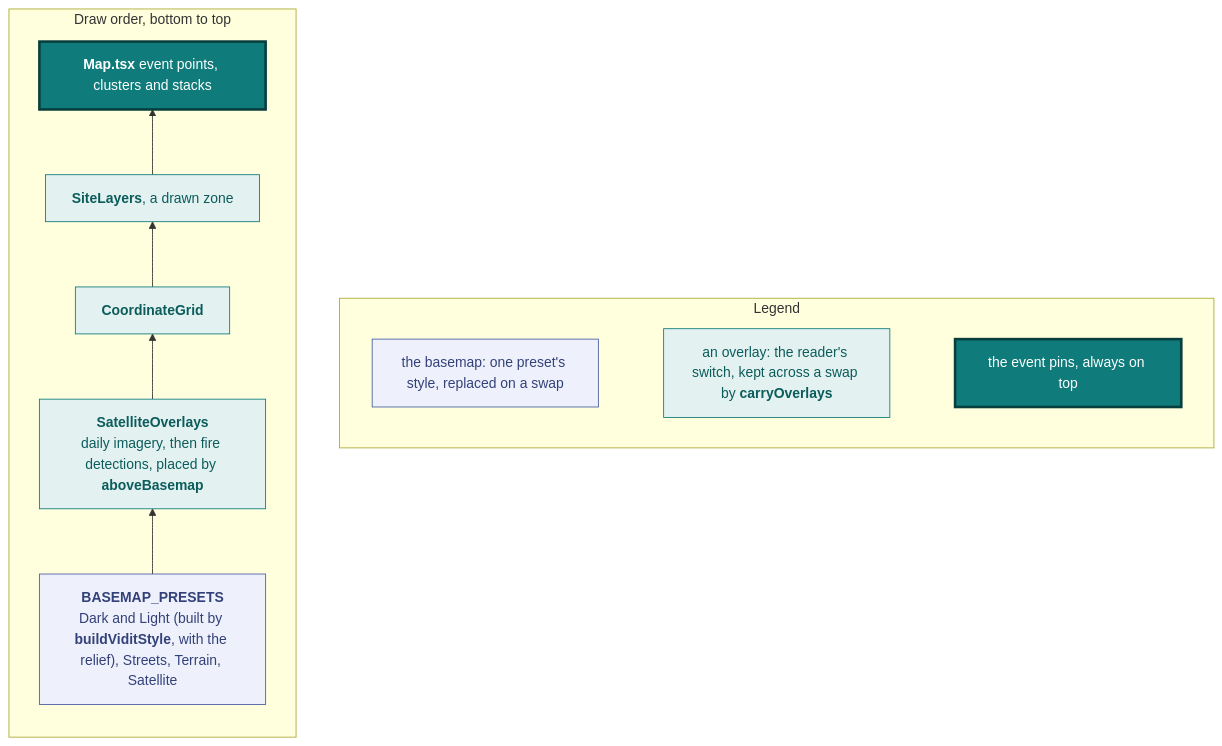
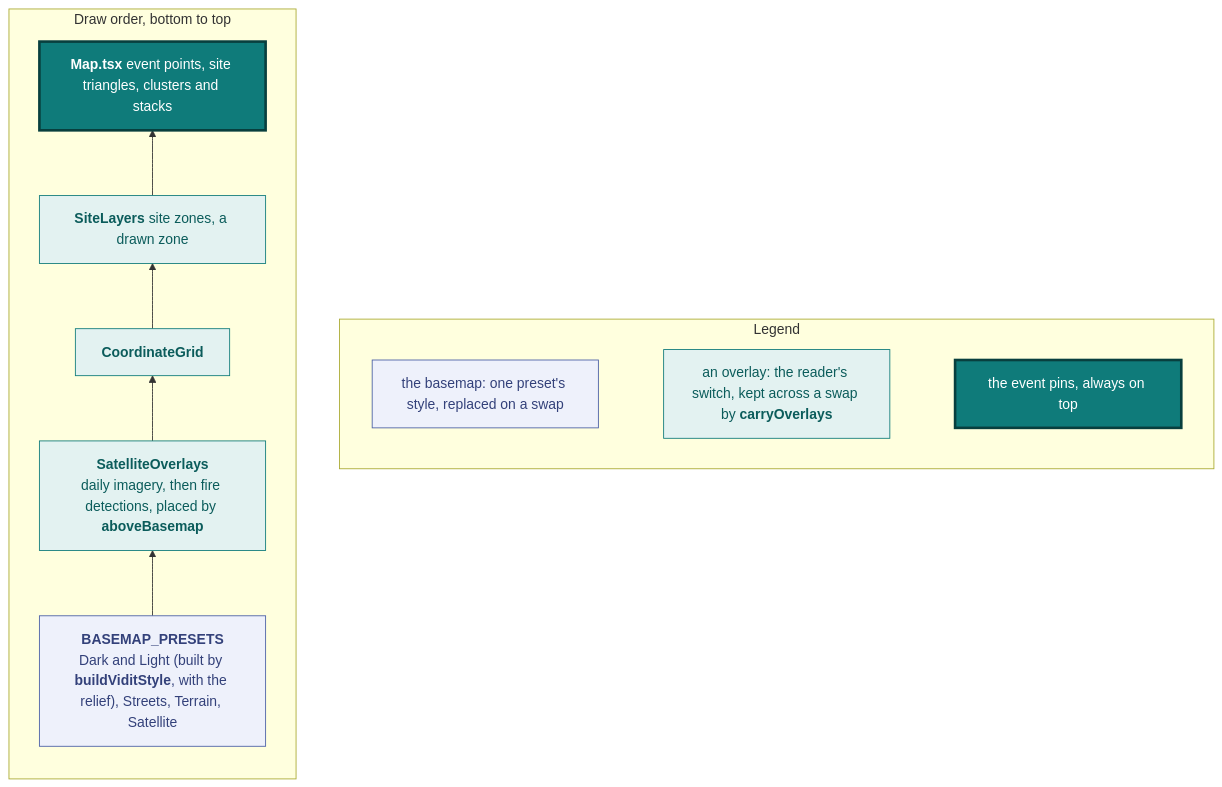
One commit to vidithq/vidit changed the second of 20 diagrams in docs/design.md. Above: the diagram before and after it, drawn with Mermaid. The commit also changed other lines of this file and 13 other files, not shown here.

First line of the commit message:
feat(map): draw sites in the event colour, as clustered triangles at low zoom (#760)

````diff
--- a/docs/design.md
+++ b/docs/design.md
@@ -180,26 +180,26 @@
 ```mermaid
 flowchart BT
   classDef spec fill:#eef1fb,stroke:#4a5fa5,color:#33417a
   classDef shared fill:#e3f2f1,stroke:#0f7b7a,color:#0b5c5b
   classDef core fill:#0f7b7a,stroke:#083f3e,stroke-width:3px,color:#ffffff
 
   subgraph legend [Legend]
     direction LR
     l1["`the basemap: one preset's style, replaced on a swap`"]:::spec
     l2["`an overlay: the reader's switch, kept across a swap by **carryOverlays**`"]:::shared
     l3["`the event pins, always on top`"]:::core
     l1 ~~~ l2 ~~~ l3
   end
 
   subgraph stack [Draw order, bottom to top]
     direction BT
     basemap["`**BASEMAP_PRESETS**
     Dark and Light (built by **buildViditStyle**, with the relief), Streets, Terrain, Satellite`"]:::spec
     imagery["`**SatelliteOverlays**
     daily imagery, then fire detections, placed by **aboveBasemap**`"]:::shared
     grid["`**CoordinateGrid**`"]:::shared
-    sites["`**SiteLayers**, a drawn zone`"]:::shared
-    pins["`**Map.tsx** event points, clusters and stacks`"]:::core
+    sites["`**SiteLayers** site zones, a drawn zone`"]:::shared
+    pins["`**Map.tsx** event points, site triangles, clusters and stacks`"]:::core
     basemap --> imagery --> grid --> sites --> pins
   end
 ```
````
